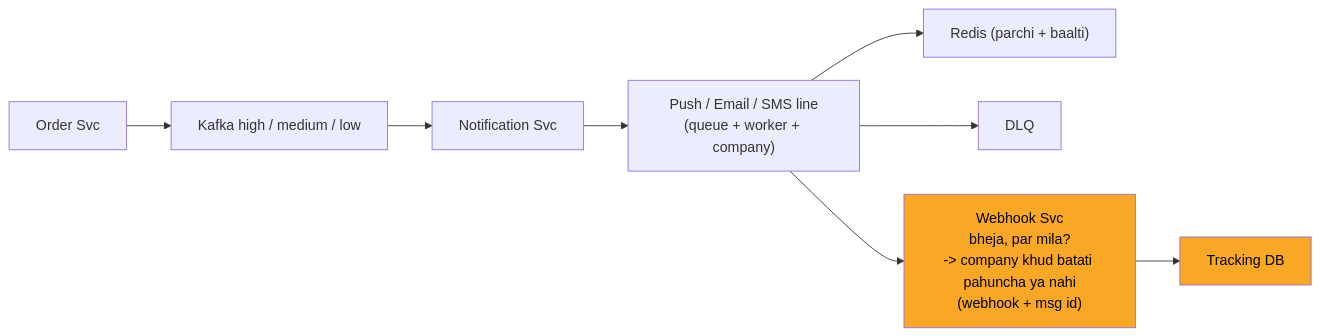
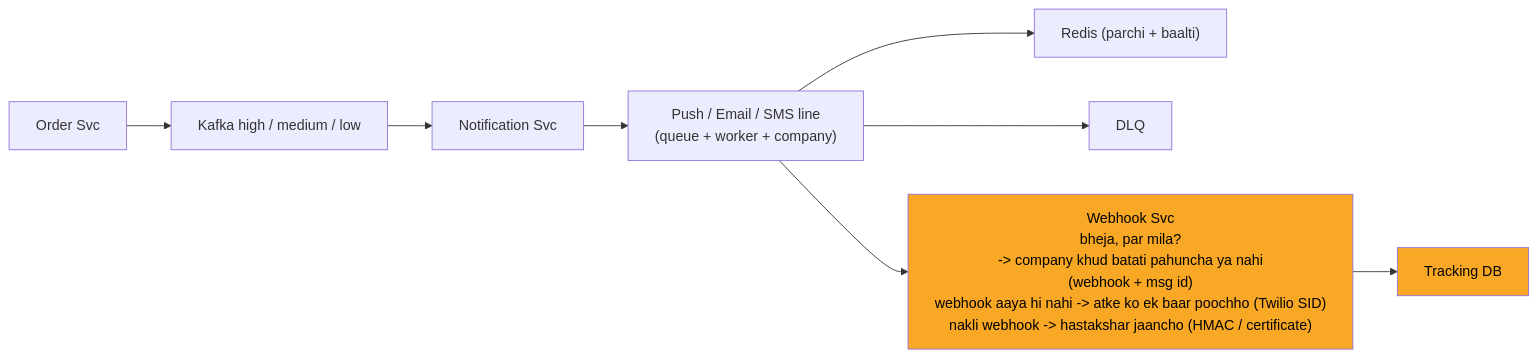
One commit to ArpanMaheshwari144/Prep changed the tenth of 13 diagrams in 04_HLD/SYSTEM_DESIGNS/04_notification_system/04_notification_system.md. Above: the diagram before and after it, drawn with Mermaid. The commit also changed other lines of this file and 12 other files, not shown here.

Commit message:
hld 02-14: peele dabbe me SAFAR ke mod + diagram chauda (wrappingWidth 450)

````diff
--- a/04_HLD/SYSTEM_DESIGNS/04_notification_system/04_notification_system.md
+++ b/04_HLD/SYSTEM_DESIGNS/04_notification_system/04_notification_system.md
@@ -396,20 +405,21 @@
 ```mermaid
+%%{init: {"flowchart": {"wrappingWidth": 450}}}%%
 flowchart LR
     n_Order_Svc["Order Svc"]
     n_Kafka["Kafka high / medium / low"]
     n_Notification_Svc["Notification Svc"]
     n_LINES["Push / Email / SMS line<br/>(queue + worker + company)"]
     n_Redis["Redis (parchi + baalti)"]
     n_DLQ["DLQ"]
-    n_Webhook_Svc["Webhook Svc<br/>bheja, par mila?<br/>-> company khud batati pahuncha ya nahi<br/>(webhook + msg id)"]
+    n_Webhook_Svc["Webhook Svc<br/>bheja, par mila?<br/>-> company khud batati pahuncha ya nahi<br/>(webhook + msg id)<br/>webhook aaya hi nahi -> atke ko ek baar poochho (Twilio SID)<br/>nakli webhook -> hastakshar jaancho (HMAC / certificate)"]
     n_Tracking_DB["Tracking DB"]
     n_Order_Svc --> n_Kafka
     n_Kafka --> n_Notification_Svc
     n_Notification_Svc --> n_LINES
     n_LINES --> n_Redis
     n_LINES --> n_DLQ
     n_LINES --> n_Webhook_Svc
     n_Webhook_Svc --> n_Tracking_DB
     style n_Webhook_Svc fill:#f9a825,color:#000
     style n_Tracking_DB fill:#f9a825,color:#000
 ```
````
